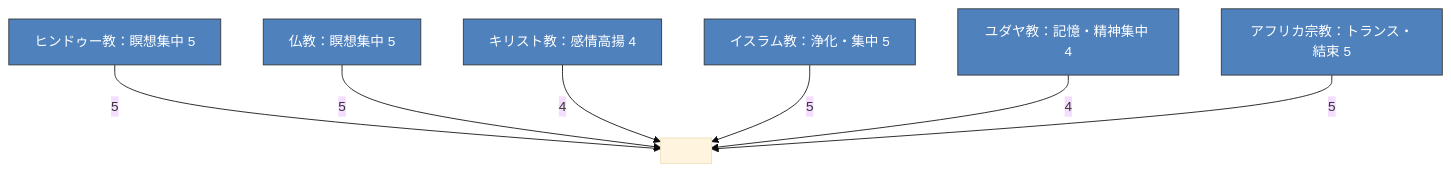
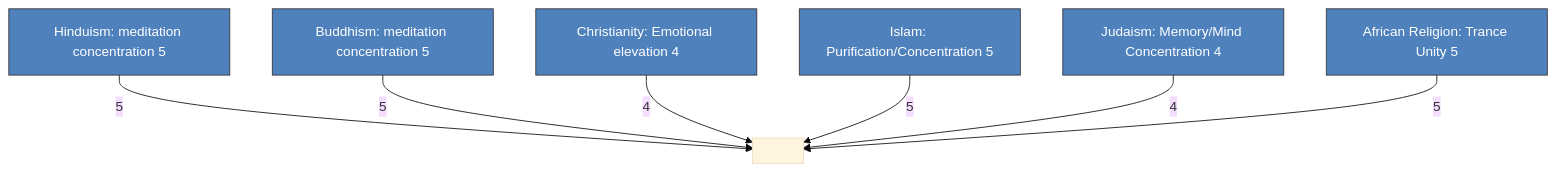
The second of 3 diagrams in en/_posts/2025-11-11-column-religious-music-worldmap.md (monumental-movement/monumental-movement.github.io), drawn with Mermaid (base theme) before and after one commit. The commit also changed other lines of this file and 152 other files, not shown here.

```diff
--- a/en/_posts/2025-11-11-column-religious-music-worldmap.md
+++ b/en/_posts/2025-11-11-column-religious-music-worldmap.md
@@ -161,14 +161,14 @@
 <div class="mermaid">
 
 graph TD
-    A[ヒンドゥー教：瞑想集中 5] -->|5| X[ ]
-    B[仏教：瞑想集中 5] -->|5| X
-    C[キリスト教：感情高揚 4] -->|4| X
-    D[イスラム教：浄化・集中 5] -->|5| X
-    E[ユダヤ教：記憶・精神集中 4] -->|4| X
-    F[アフリカ宗教：トランス・結束 5] -->|5| X
+    A[Hinduism: meditation concentration 5] -->|5| X[ ]
+    B[Buddhism: meditation concentration 5] -->|5| X
+    C[Christianity: Emotional elevation 4] -->|4| X
+    D[Islam: Purification/Concentration 5] -->|5| X
+    E[Judaism: Memory/Mind Concentration 4] -->|4| X
+    F[African Religion: Trance Unity 5] -->|5| X
 
     classDef bar fill:#4f81bd,stroke:#333,stroke-width:1px,color:#fff;
     class A,B,C,D,E,F bar;
 
 </div>
```
